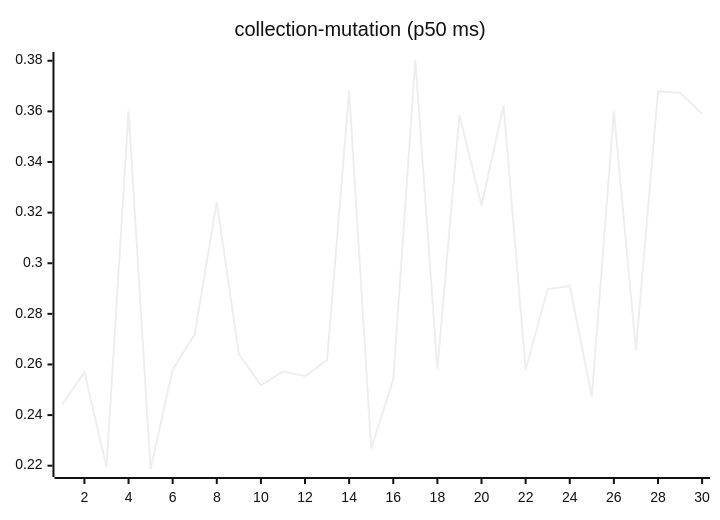
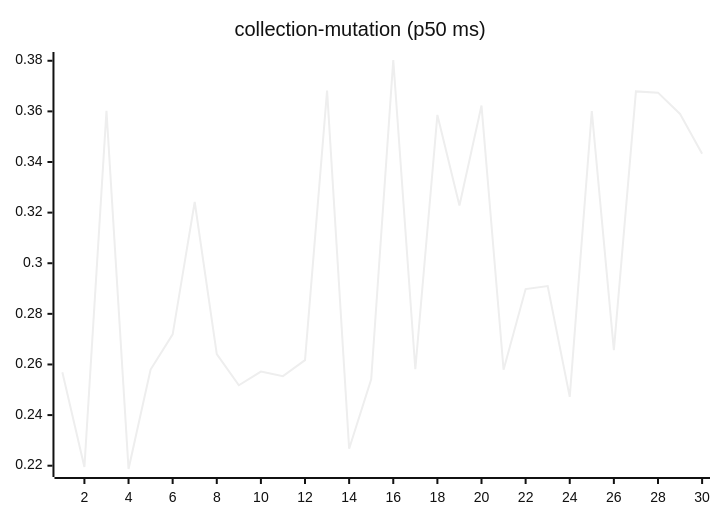
The sixth of 27 diagrams in README.md (josha/Facet), drawn with Mermaid (neutral theme) before and after one commit. The commit also changed other lines of this file and 2 other files, not shown here.

````diff
--- a/README.md
+++ b/README.md
@@ -98,6 +98,6 @@
 ```mermaid
 xychart-beta
     title "collection-mutation (p50 ms)"
     x-axis 1 --> 30
-    line [0.2444, 0.2569, 0.2195, 0.3602, 0.2187, 0.2580, 0.2719, 0.3242, 0.2641, 0.2518, 0.2572, 0.2554, 0.2617, 0.3682, 0.2267, 0.2541, 0.3803, 0.2581, 0.3586, 0.3228, 0.3623, 0.2579, 0.2898, 0.2910, 0.2472, 0.3601, 0.2657, 0.3679, 0.3674, 0.3590]
+    line [0.2569, 0.2195, 0.3602, 0.2187, 0.2580, 0.2719, 0.3242, 0.2641, 0.2518, 0.2572, 0.2554, 0.2617, 0.3682, 0.2267, 0.2541, 0.3803, 0.2581, 0.3586, 0.3228, 0.3623, 0.2579, 0.2898, 0.2910, 0.2472, 0.3601, 0.2657, 0.3679, 0.3674, 0.3590, 0.3433]
 ```
````
